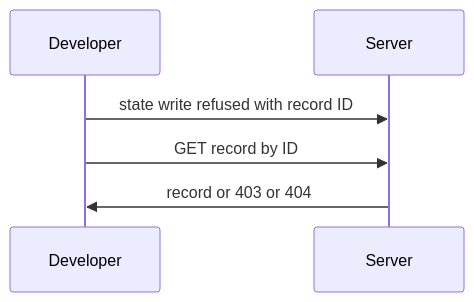
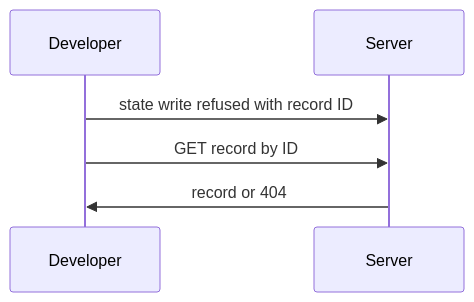
The first of 3 diagrams in openspec/changes/read-route-decision-records-change/design.md (OpenDustpan/OpenDustpan), drawn with Mermaid before and after one commit. The commit also changed other lines of this file and 90 other files, not shown here.

````diff
--- a/openspec/changes/read-route-decision-records-change/design.md
+++ b/openspec/changes/read-route-decision-records-change/design.md
@@ -31,6 +31,6 @@
 ```mermaid
 sequenceDiagram
 Developer->>Server: state write refused with record ID
 Developer->>Server: GET record by ID
-Server->>Developer: record or 403 or 404
+Server->>Developer: record or 404
 ```
````
